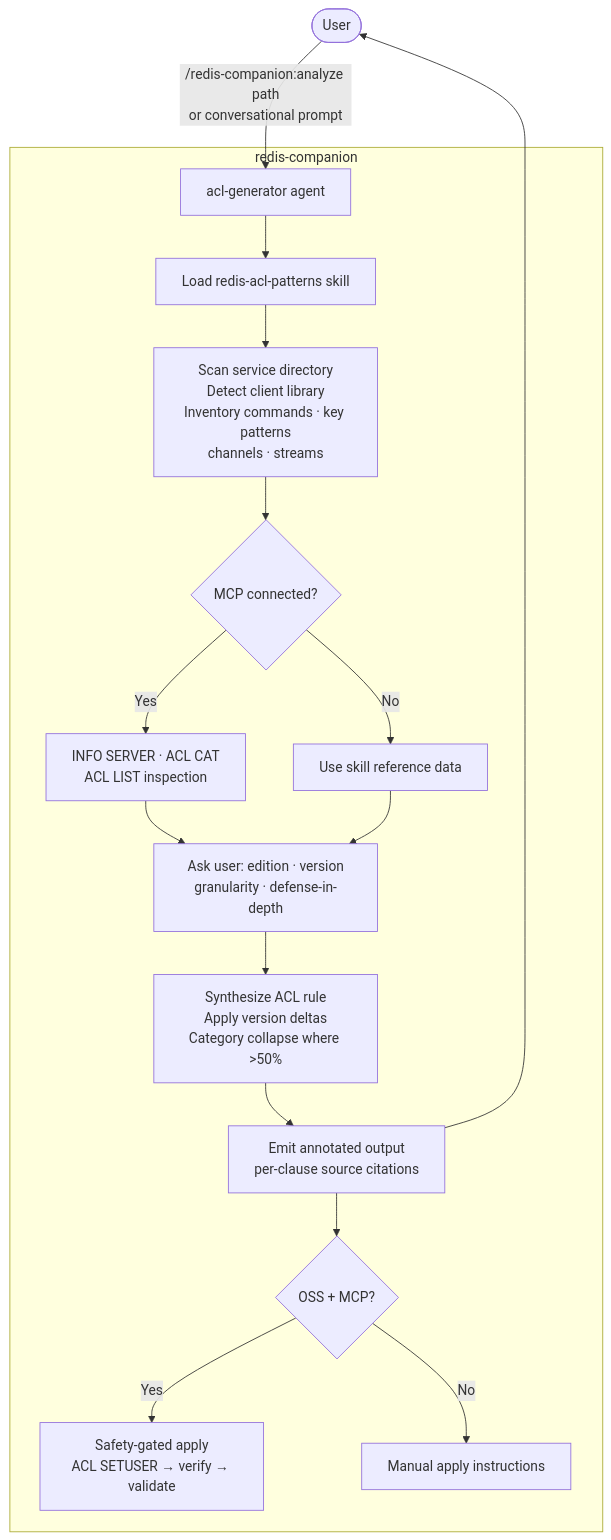
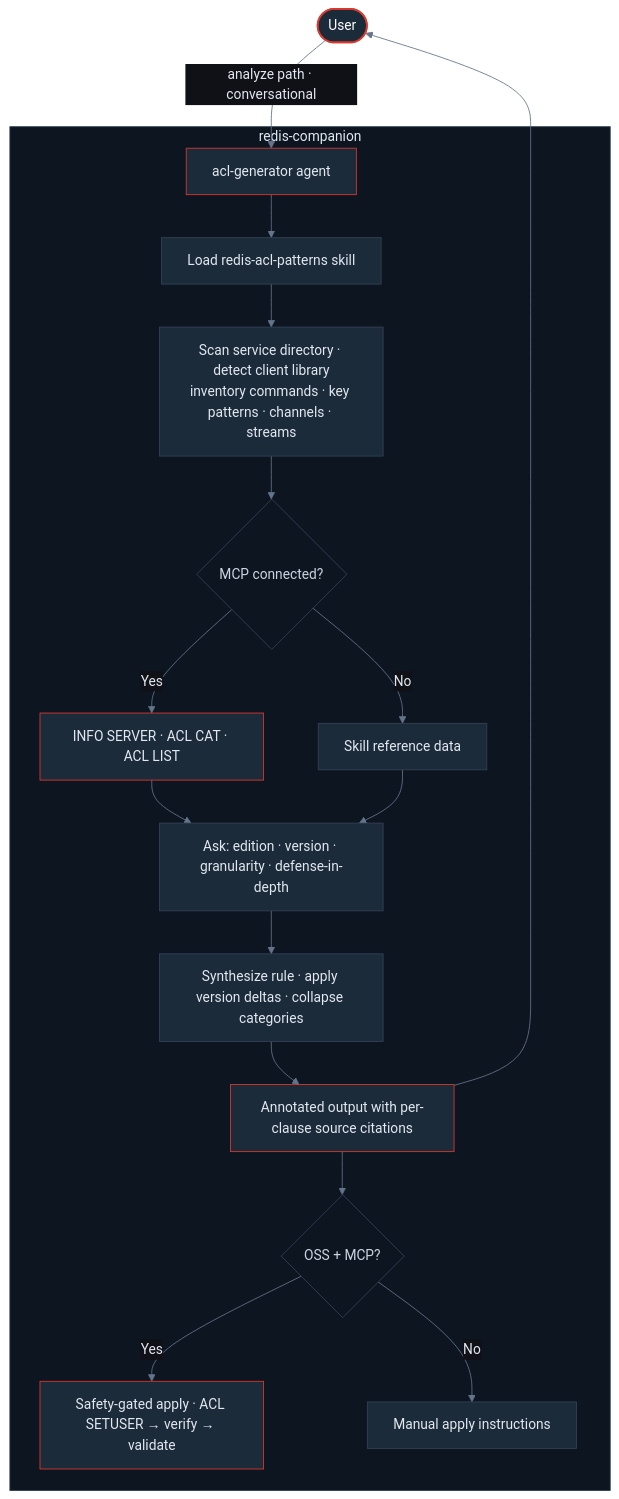
Before and after one commit to mjtrapani/redis-companion: the diagram in README.md, drawn with Mermaid.

Commit message:
style: dark Redis-inspired Mermaid theme for architecture diagram

````diff
--- a/README.md
+++ b/README.md
@@ -113,21 +113,28 @@
 ```mermaid
+%%{init: {'theme': 'base', 'themeVariables': {'background': '#0f1117', 'primaryColor': '#1c2b3a', 'primaryTextColor': '#e2e8f0', 'primaryBorderColor': '#334155', 'lineColor': '#64748b', 'secondaryColor': '#1c2b3a', 'tertiaryColor': '#0d1520', 'clusterBkg': '#0d1520', 'clusterBorder': '#2d3f50', 'titleColor': '#e2e8f0', 'edgeLabelBackground': '#0f1117'}}}%%
 flowchart TD
-    U([User]) -->|"/redis-companion:analyze path\nor conversational prompt"| A
+    classDef entry  fill:#1c2b3a,stroke:#DC382D,stroke-width:2px,color:#fff
+    classDef red    fill:#1c2b3a,stroke:#DC382D,stroke-width:1px,color:#e2e8f0
+    classDef node   fill:#1c2b3a,stroke:#334155,color:#e2e8f0
+    classDef gate   fill:#0d1520,stroke:#334155,color:#cbd5e1
 
-    subgraph Plugin["redis-companion"]
-        A[acl-generator agent] --> B[Load redis-acl-patterns skill]
-        B --> C[Scan service directory\nDetect client library\nInventory commands · key patterns\nchannels · streams]
-        C --> D{MCP connected?}
-        D -->|Yes| E[INFO SERVER · ACL CAT\nACL LIST inspection]
-        D -->|No| F[Use skill reference data]
-        E --> G[Ask user: edition · version\ngranularity · defense-in-depth]
+    U([User]):::entry -->|"analyze path · conversational"| A
+
+    subgraph P["redis-companion"]
+        A[acl-generator agent]:::red
+        A --> B[Load redis-acl-patterns skill]:::node
+        B --> C["Scan service directory · detect client library\ninventory commands · key patterns · channels · streams"]:::node
+        C --> D{MCP connected?}:::gate
+        D -->|Yes| E["INFO SERVER · ACL CAT · ACL LIST"]:::red
+        D -->|No| F[Skill reference data]:::node
+        E --> G["Ask: edition · version · granularity · defense-in-depth"]:::node
         F --> G
-        G --> H[Synthesize ACL rule\nApply version deltas\nCategory collapse where >50%]
-        H --> I[Emit annotated output\nper-clause source citations]
-        I --> J{OSS + MCP?}
-        J -->|Yes| K["Safety-gated apply\nACL SETUSER → verify → validate"]
-        J -->|No| L[Manual apply instructions]
+        G --> H["Synthesize rule · apply version deltas · collapse categories"]:::node
+        H --> I[Annotated output with per-clause source citations]:::red
+        I --> J{OSS + MCP?}:::gate
+        J -->|Yes| K["Safety-gated apply · ACL SETUSER → verify → validate"]:::red
+        J -->|No| L[Manual apply instructions]:::node
     end
 
     I --> U
 ```
````
